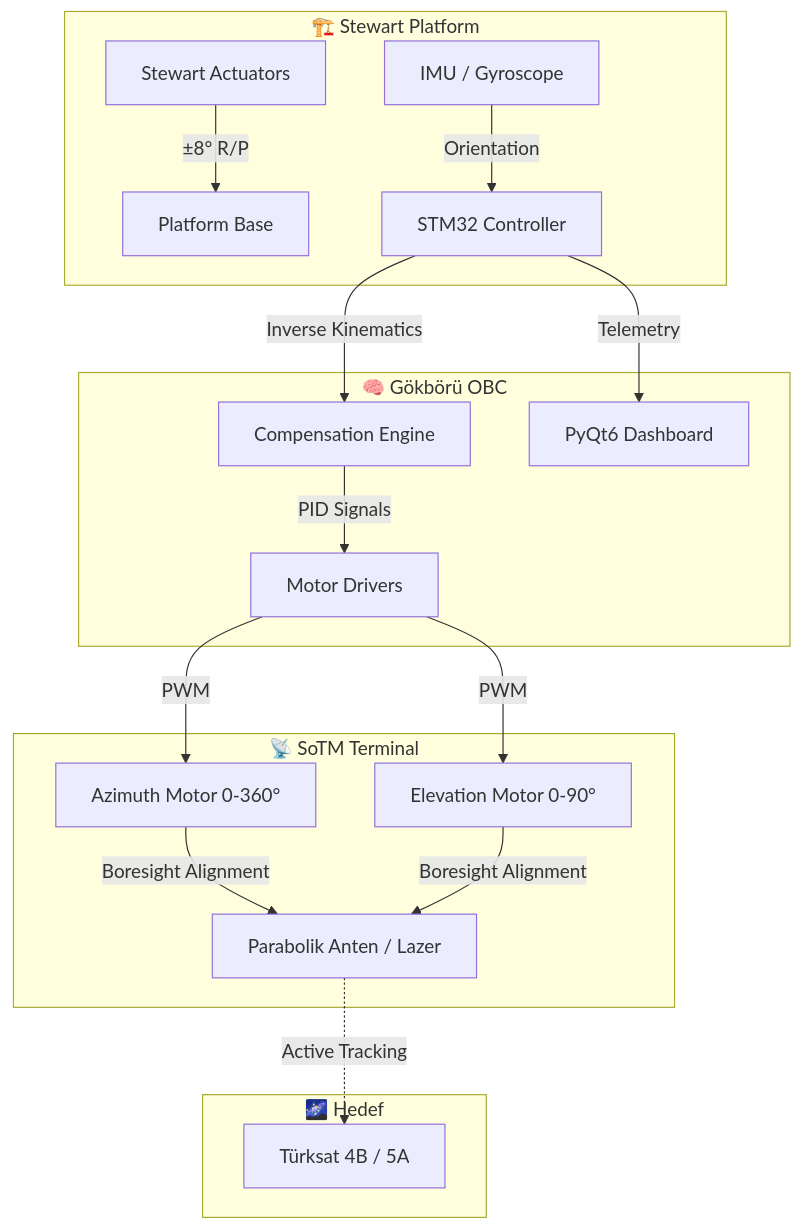
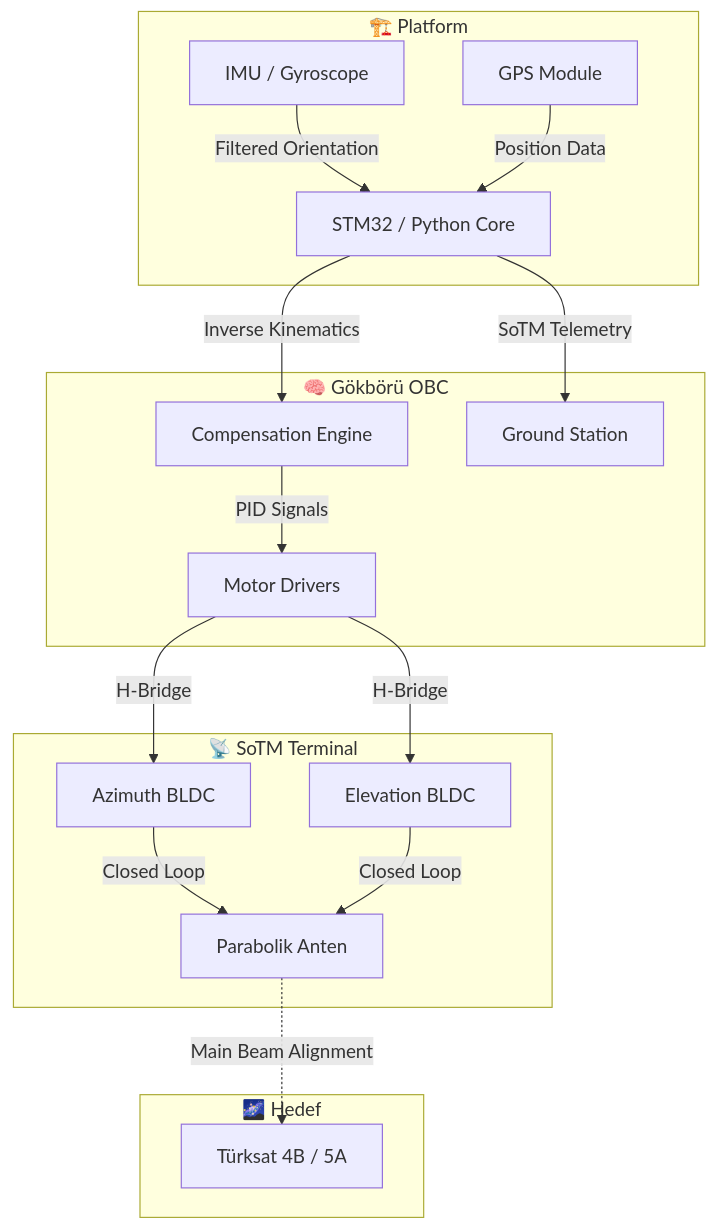
One commit to bahattinyunus/teknofest_hareketli_uydu_terminali changed the diagram in README.md. Above: the diagram before and after it, drawn with Mermaid. The commit also changed other lines of this file and 12 other files, not shown here.

````diff
--- a/README.md
+++ b/README.md
@@ -80,25 +73,25 @@
 ```mermaid
 graph TD
     subgraph Space_Layer [🌌 Hedef]
         SAT[Türksat 4B / 5A]
     end
 
-    subgraph Platform_Layer [🏗️ Stewart Platform]
-        MOT[Stewart Actuators] -->|±8° R/P| BASE[Platform Base]
-        IMU[IMU / Gyroscope] -->|Orientation| OBC
+    subgraph Platform_Layer [🏗️ Platform]
+        IMU[IMU / Gyroscope] -->|Filtered Orientation| OBC
+        GNSS[GPS Module] -->|Position Data| OBC
     end
 
     subgraph Control_Layer [🧠 Gökbörü OBC]
-        OBC[STM32 Controller] -->|Inverse Kinematics| COMP[Compensation Engine]
+        OBC[STM32 / Python Core] -->|Inverse Kinematics| COMP[Compensation Engine]
         COMP -->|PID Signals| DRV[Motor Drivers]
-        OBC -->|Telemetry| GUI[PyQt6 Dashboard]
+        OBC -->|SoTM Telemetry| GS[Ground Station]
     end
 
     subgraph Mechanical_Layer [📡 SoTM Terminal]
-        DRV -->|PWM| AZ[Azimuth Motor 0-360°]
-        DRV -->|PWM| EL[Elevation Motor 0-90°]
-        AZ & EL -->|Boresight Alignment| ANT[Parabolik Anten / Lazer]
+        DRV -->|H-Bridge| AZ[Azimuth BLDC]
+        DRV -->|H-Bridge| EL[Elevation BLDC]
+        AZ & EL -->|Closed Loop| ANT[Parabolik Anten]
     end
 
-    ANT -.->|Active Tracking| SAT
+    ANT -.->|Main Beam Alignment| SAT
 ```
````
